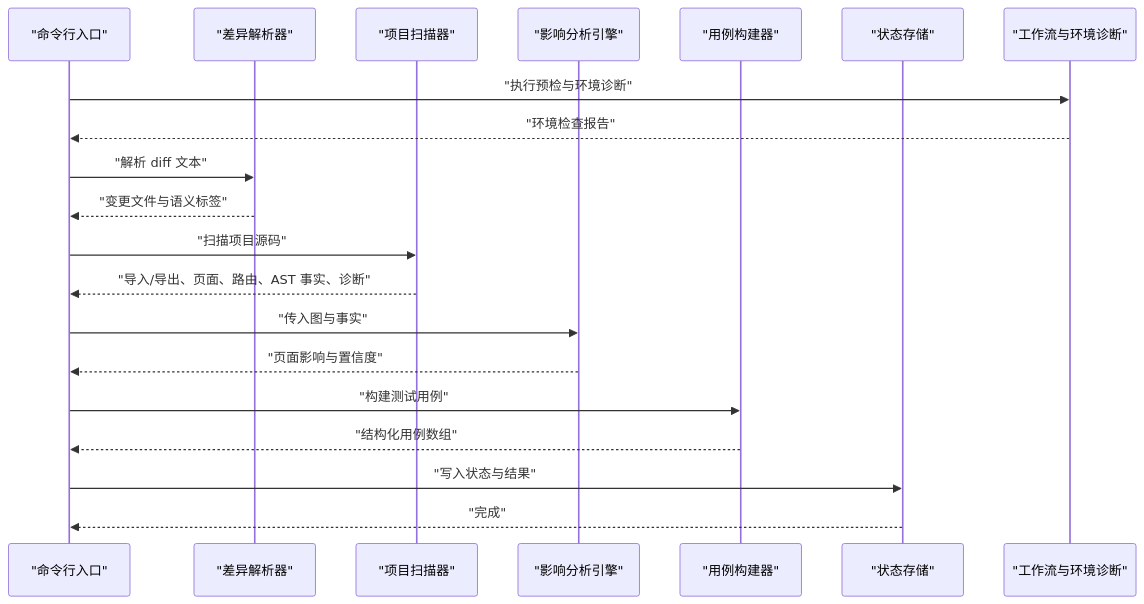
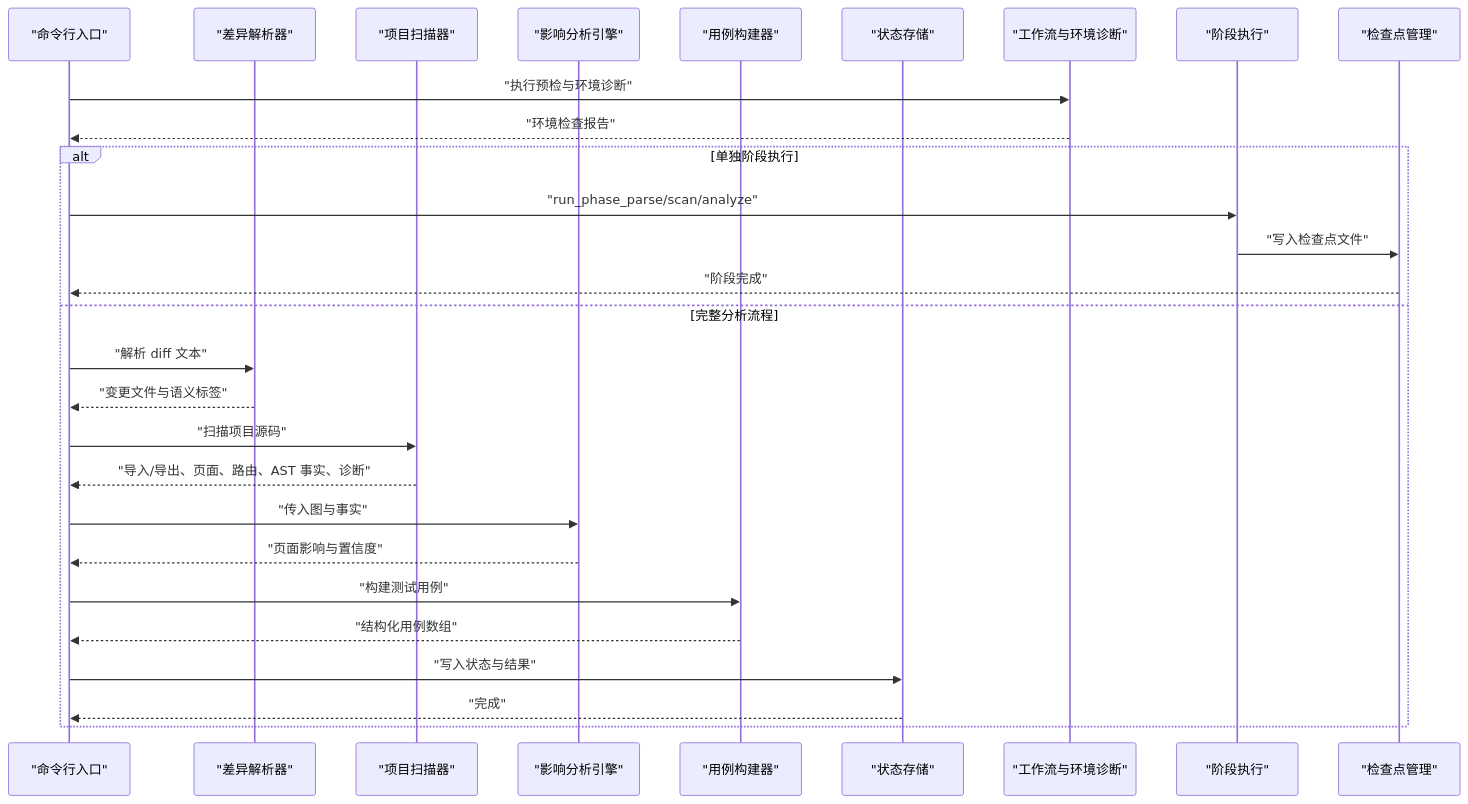
The second of 10 diagrams in .qoder/repowiki/zh/content/高级用法/高级用法.md (brand-new-remo/frontend-impact-analyzer), drawn with Mermaid before and after one commit. The commit also changed other lines of this file and 8 other files, not shown here.

````diff
--- a/.qoder/repowiki/zh/content/高级用法/高级用法.md
+++ b/.qoder/repowiki/zh/content/高级用法/高级用法.md
@@ -108,22 +117,30 @@
 ```mermaid
 sequenceDiagram
 participant CLI as "命令行入口"
 participant Diff as "差异解析器"
 participant Scan as "项目扫描器"
 participant Eng as "影响分析引擎"
 participant Build as "用例构建器"
 participant Store as "状态存储"
 participant WF as "工作流与环境诊断"
+participant Phased as "阶段执行"
+participant Checkpoint as "检查点管理"
 CLI->>WF : "执行预检与环境诊断"
 WF-->>CLI : "环境检查报告"
+alt 单独阶段执行
+CLI->>Phased : "run_phase_parse/scan/analyze"
+Phased->>Checkpoint : "写入检查点文件"
+Checkpoint-->>CLI : "阶段完成"
+else 完整分析流程
 CLI->>Diff : "解析 diff 文本"
 Diff-->>CLI : "变更文件与语义标签"
 CLI->>Scan : "扫描项目源码"
 Scan-->>CLI : "导入/导出、页面、路由、AST 事实、诊断"
 CLI->>Eng : "传入图与事实"
 Eng-->>CLI : "页面影响与置信度"
 CLI->>Build : "构建测试用例"
 Build-->>CLI : "结构化用例数组"
 CLI->>Store : "写入状态与结果"
 Store-->>CLI : "完成"
+end
 ```
````
